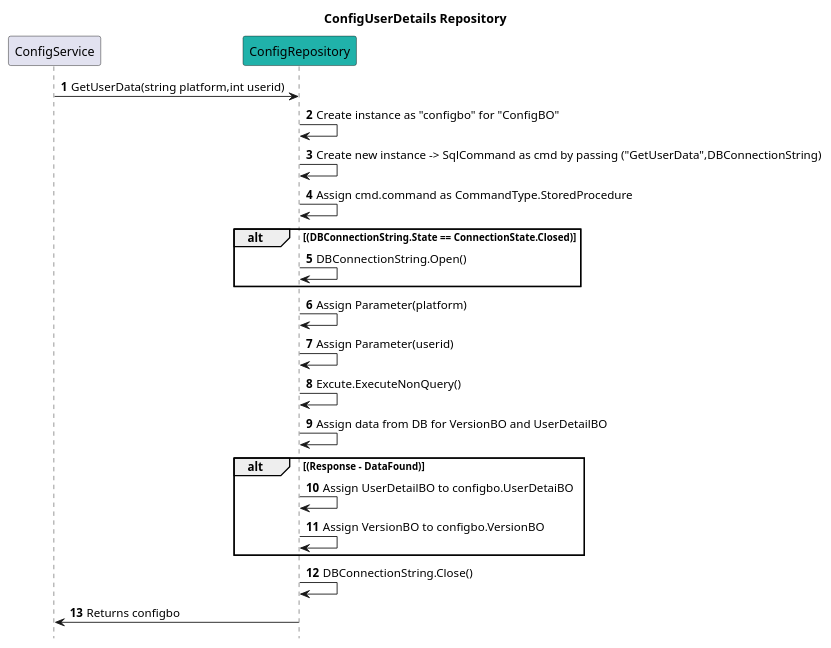
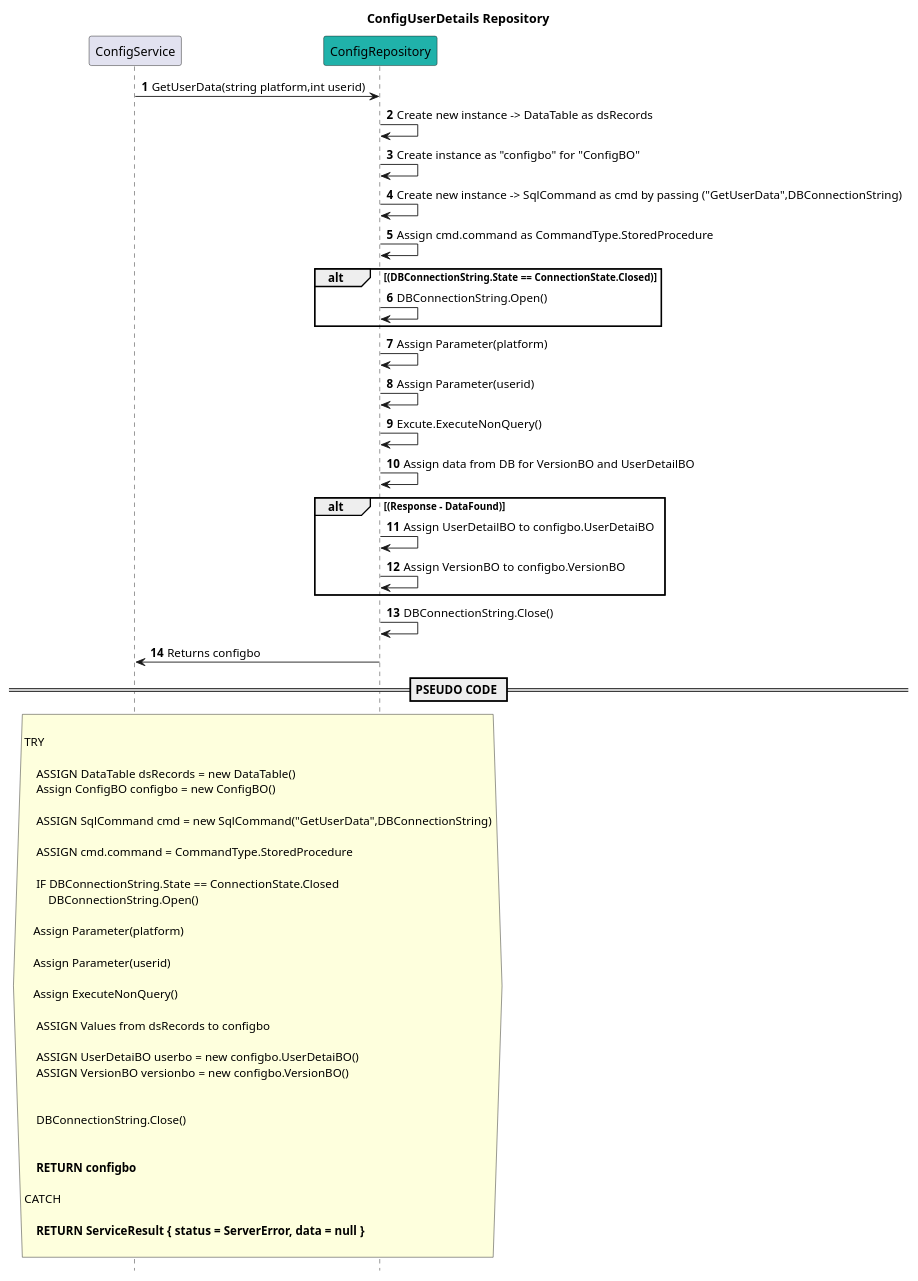
Before and after one commit to Hemarithika-tech/foodie-backend: the diagram in RestaurantAPI/Repository/Design/ConfigRepository/ConfigUserData.puml, drawn with PlantUML. The commit also changed 12 other files, not shown here.

```diff
--- a/RestaurantAPI/Repository/Design/ConfigRepository/ConfigUserData.puml
+++ b/RestaurantAPI/Repository/Design/ConfigRepository/ConfigUserData.puml
@@ -1,46 +1,85 @@
 @startuml
 
 title ConfigUserDetails Repository
 autonumber
 hide footbox
 
 participant ConfigService
 participant ConfigRepository #LightSeaGreen
 
 
 
  ConfigService-> ConfigRepository : GetUserData(string platform,int userid)
+    ConfigRepository-> ConfigRepository: Create new instance -> DataTable as dsRecords
 
     ConfigRepository-> ConfigRepository: Create instance as "configbo" for "ConfigBO"
 
     ConfigRepository -> ConfigRepository : Create new instance -> SqlCommand as cmd by passing ("GetUserData",DBConnectionString)
 
     ConfigRepository -> ConfigRepository : Assign cmd.command as CommandType.StoredProcedure
 
    
     alt (DBConnectionString.State == ConnectionState.Closed)
         ConfigRepository -> ConfigRepository : DBConnectionString.Open()
     end
 
    ConfigRepository -> ConfigRepository : Assign Parameter(platform)
    ConfigRepository -> ConfigRepository : Assign Parameter(userid)
 
    ConfigRepository -> ConfigRepository : Excute.ExecuteNonQuery()
 
 
   ConfigRepository-> ConfigRepository: Assign data from DB for VersionBO and UserDetailBO
 
   alt (Response - DataFound)
         ConfigRepository -> ConfigRepository :  Assign UserDetailBO to configbo.UserDetaiBO
         ConfigRepository -> ConfigRepository :  Assign VersionBO to configbo.VersionBO
    
     end
 
   ConfigRepository -> ConfigRepository : DBConnectionString.Close()
 
 
    ConfigRepository -> ConfigService: Returns configbo
 
 
+== PSEUDO CODE ==
+
+hnote across
+
+TRY
+
+    ASSIGN DataTable dsRecords = new DataTable()
+    Assign ConfigBO configbo = new ConfigBO()
+
+    ASSIGN SqlCommand cmd = new SqlCommand("GetUserData",DBConnectionString)
+    
+    ASSIGN cmd.command = CommandType.StoredProcedure
+    
+    IF DBConnectionString.State == ConnectionState.Closed
+        DBConnectionString.Open()
+
+   Assign Parameter(platform)
+
+   Assign Parameter(userid)
+   
+   Assign ExecuteNonQuery()
+
+    ASSIGN Values from dsRecords to configbo
+
+    ASSIGN UserDetaiBO userbo = new configbo.UserDetaiBO()
+    ASSIGN VersionBO versionbo = new configbo.VersionBO()
+
+
+    DBConnectionString.Close()
+
+
+    **RETURN configbo**
+
+CATCH
+
+    **RETURN ServiceResult { status = ServerError, data = null }**
+    
+end note
 
 @enduml
```
